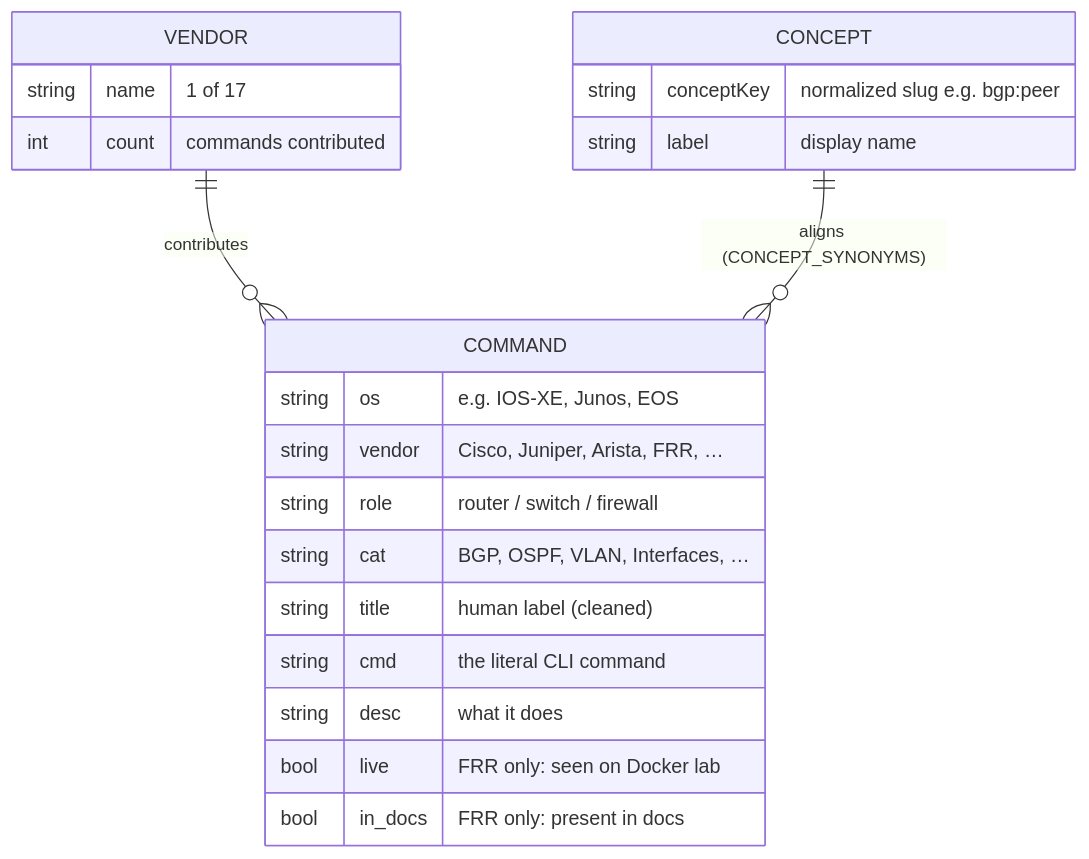
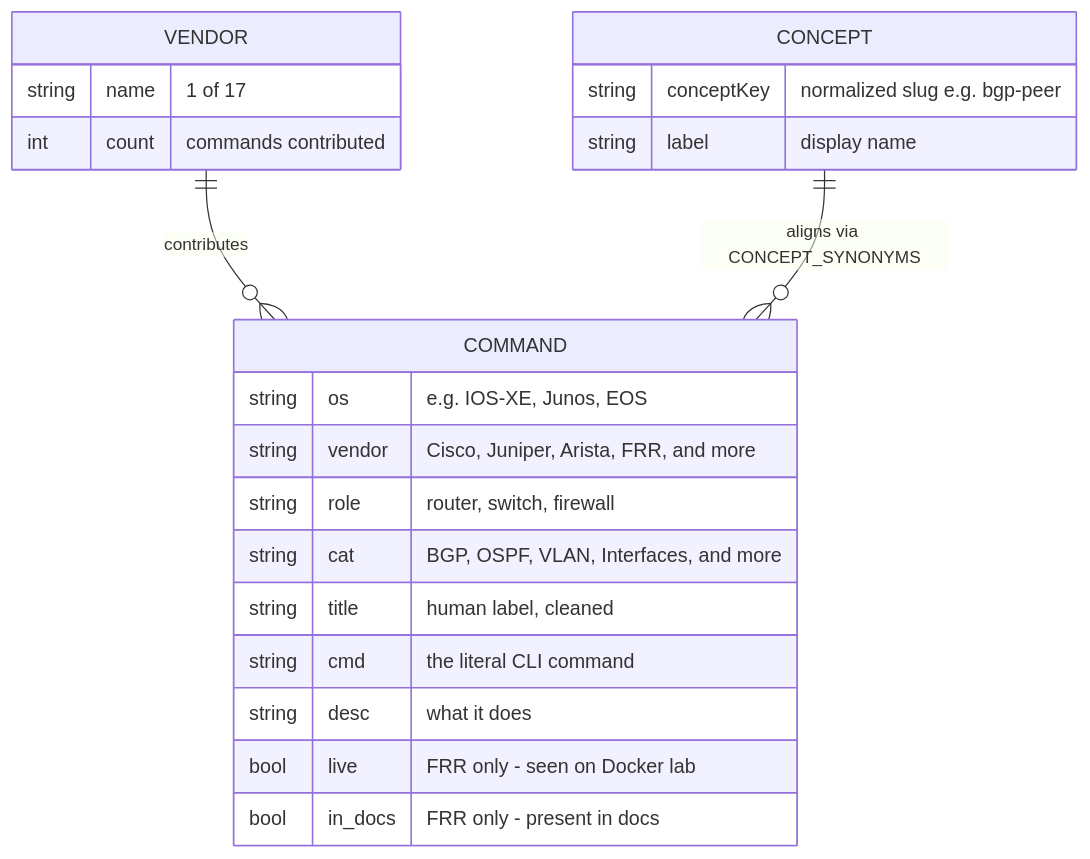
One commit to gesh75/multivendor-cli-configurator changed the sixth of 6 diagrams in docs/ARCHITECTURE.md. Above: the diagram before and after it, drawn with Mermaid. The commit also changed other lines of this file and 1 other file, not shown here.

Commit message:
docs: harden mermaid diagrams for reliable GitHub rendering

````diff
--- a/docs/ARCHITECTURE.md
+++ b/docs/ARCHITECTURE.md
@@ -215,24 +215,24 @@
 ```mermaid
 erDiagram
     COMMAND {
         string os    "e.g. IOS-XE, Junos, EOS"
-        string vendor "Cisco, Juniper, Arista, FRR, …"
-        string role  "router / switch / firewall"
-        string cat   "BGP, OSPF, VLAN, Interfaces, …"
-        string title "human label (cleaned)"
+        string vendor "Cisco, Juniper, Arista, FRR, and more"
+        string role  "router, switch, firewall"
+        string cat   "BGP, OSPF, VLAN, Interfaces, and more"
+        string title "human label, cleaned"
         string cmd   "the literal CLI command"
         string desc  "what it does"
-        bool   live  "FRR only: seen on Docker lab"
-        bool   in_docs "FRR only: present in docs"
+        bool   live  "FRR only - seen on Docker lab"
+        bool   in_docs "FRR only - present in docs"
     }
     CONCEPT {
-        string conceptKey "normalized slug e.g. bgp:peer"
+        string conceptKey "normalized slug e.g. bgp-peer"
         string label      "display name"
     }
     VENDOR {
         string name "1 of 17"
         int    count "commands contributed"
     }
     VENDOR ||--o{ COMMAND : "contributes"
-    CONCEPT ||--o{ COMMAND : "aligns (CONCEPT_SYNONYMS)"
+    CONCEPT ||--o{ COMMAND : "aligns via CONCEPT_SYNONYMS"
 ```
````
